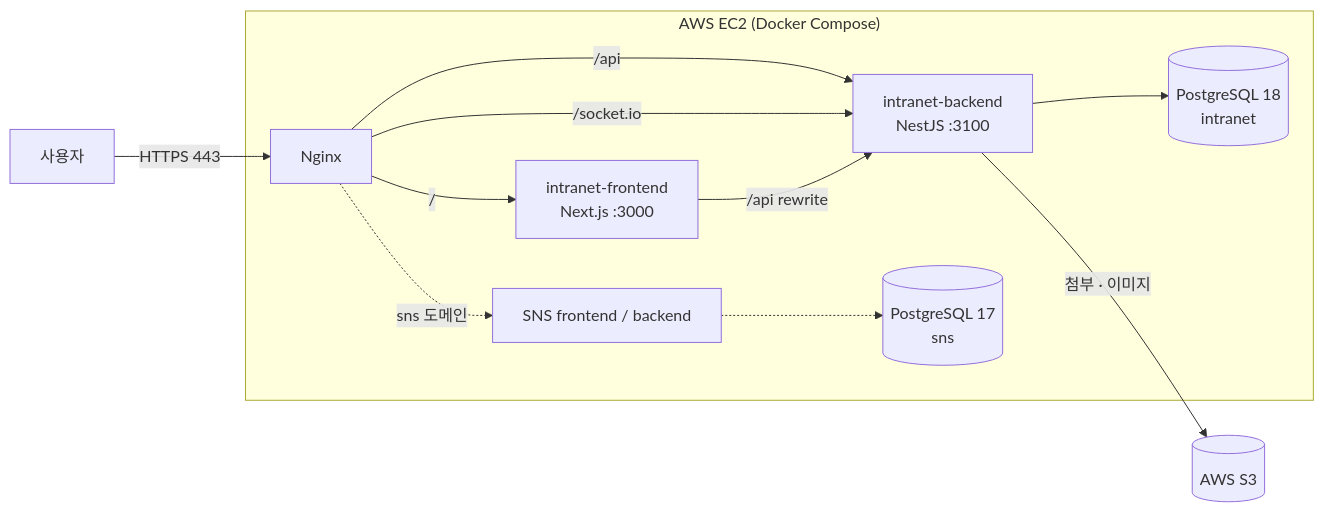
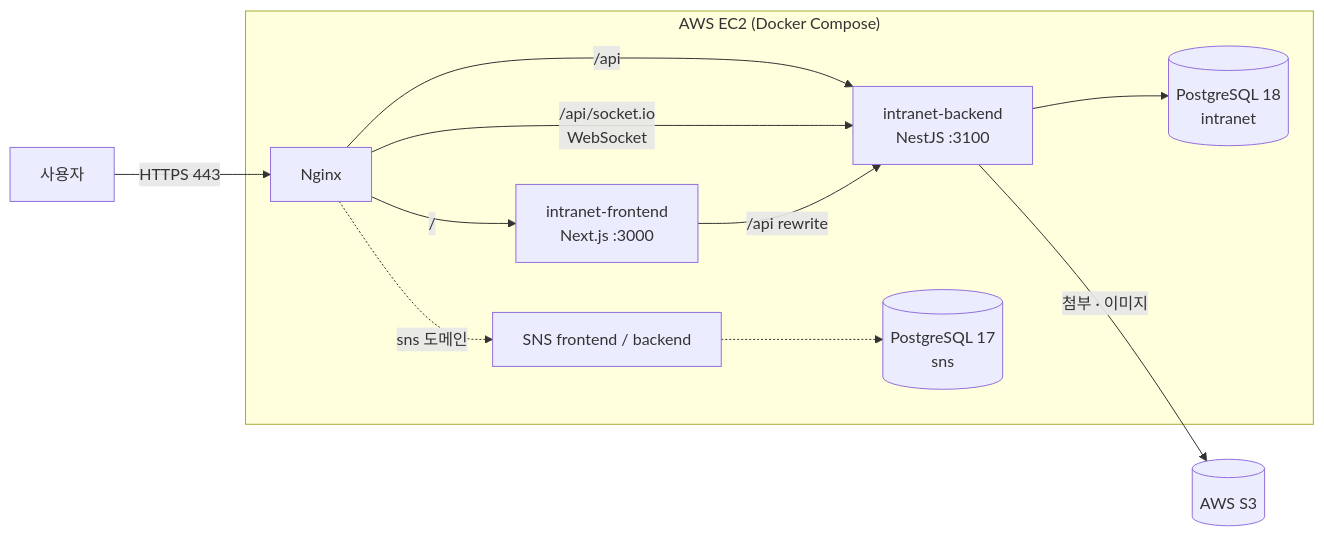
One commit to hyunw0517/intranet changed the first of 2 diagrams in README.md. Above: the diagram before and after it, drawn with Mermaid. The commit also changed other lines of this file, not shown here.

````diff
--- a/README.md
+++ b/README.md
@@ -76,17 +82,17 @@
 ```mermaid
 flowchart LR
     U[사용자] -->|HTTPS 443| N[Nginx]
 
     subgraph EC2["AWS EC2 (Docker Compose)"]
         N -->|/| F[intranet-frontend<br/>Next.js :3000]
         N -->|/api| B[intranet-backend<br/>NestJS :3100]
-        N -->|/socket.io| B
+        N -->|/api/socket.io<br/>WebSocket| B
         F -->|/api rewrite| B
         B --> P[(PostgreSQL 18<br/>intranet)]
 
         N -.->|sns 도메인| S[SNS frontend / backend]
         S -.-> P17[(PostgreSQL 17<br/>sns)]
     end
 
     B -->|첨부 · 이미지| S3[(AWS S3)]
 ```
````
